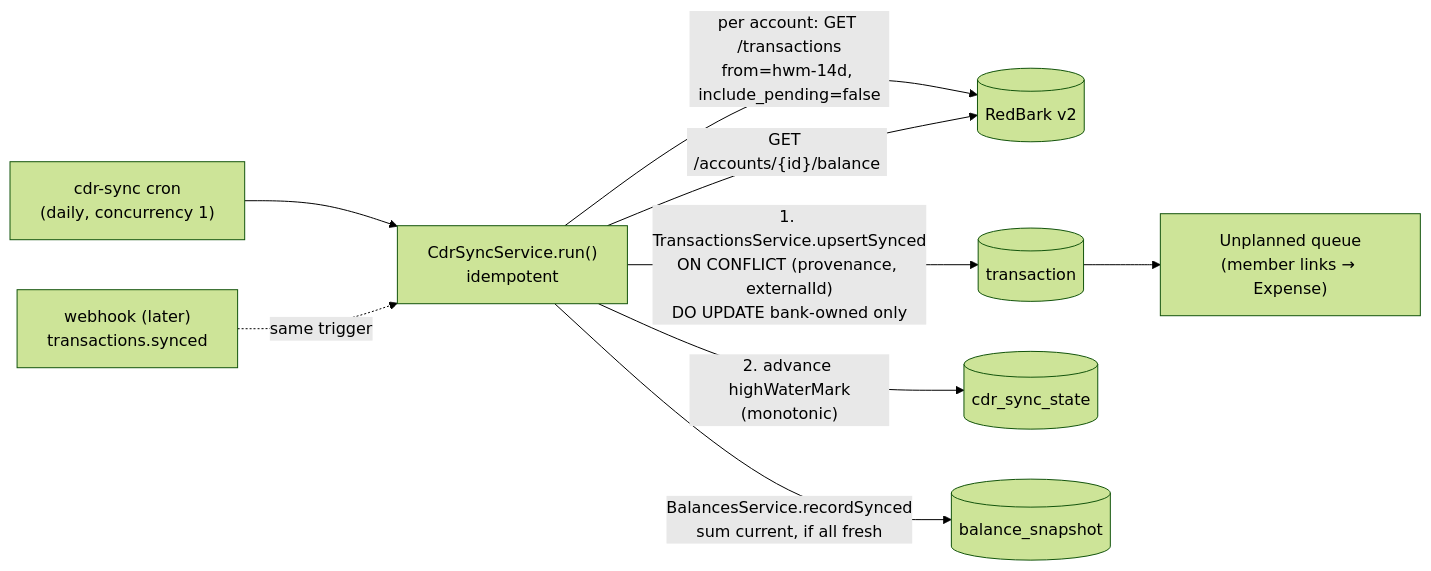
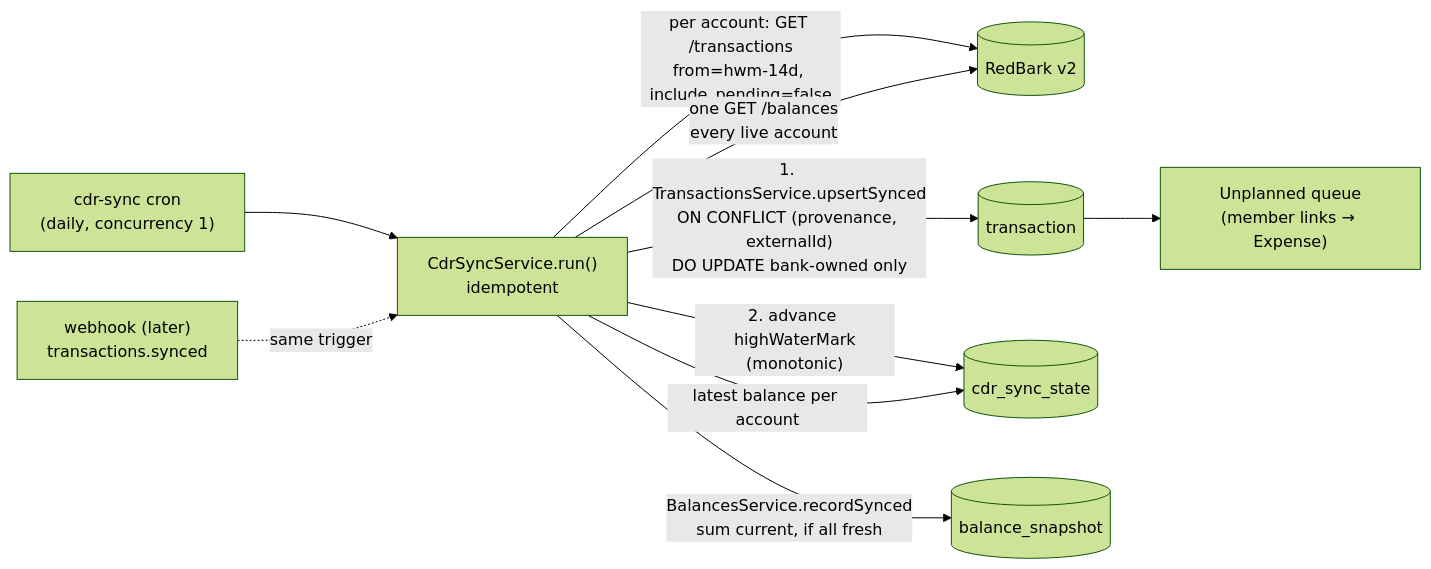
One commit to samjmarshall/personal-finance changed the diagram in docs/adr/adr017-external-transaction-sync-via-cdr-redbark.md. Above: the diagram before and after it, drawn with Mermaid (forest theme). The commit also changed other lines of this file and 40 other files, not shown here.

Commit message:
feat(cdr): store bank account details, nickname and balances

````diff
--- a/docs/adr/adr017-external-transaction-sync-via-cdr-redbark.md
+++ b/docs/adr/adr017-external-transaction-sync-via-cdr-redbark.md
@@ -99,11 +99,12 @@
 ```mermaid
 flowchart LR
   cron["cdr-sync cron<br/>(daily, concurrency 1)"] --> svc["CdrSyncService.run()<br/>idempotent"]
   wh["webhook (later)<br/>transactions.synced"] -. same trigger .-> svc
   svc -->|"per account: GET /transactions<br/>from=hwm-14d, include_pending=false"| rb[("RedBark v2")]
-  svc -->|"GET /accounts/{id}/balance"| rb
+  svc -->|"one GET /balances<br/>every live account"| rb
   svc -->|"1. TransactionsService.upsertSynced<br/>ON CONFLICT (provenance, externalId)<br/>DO UPDATE bank-owned only"| tx[("transaction")]
   svc -->|"2. advance highWaterMark<br/>(monotonic)"| st[("cdr_sync_state")]
+  svc -->|"latest balance per account"| st
   svc -->|"BalancesService.recordSynced<br/>sum current, if all fresh"| bal[("balance_snapshot")]
   tx --> unplanned["Unplanned queue<br/>(member links → Expense)"]
 ```
````
